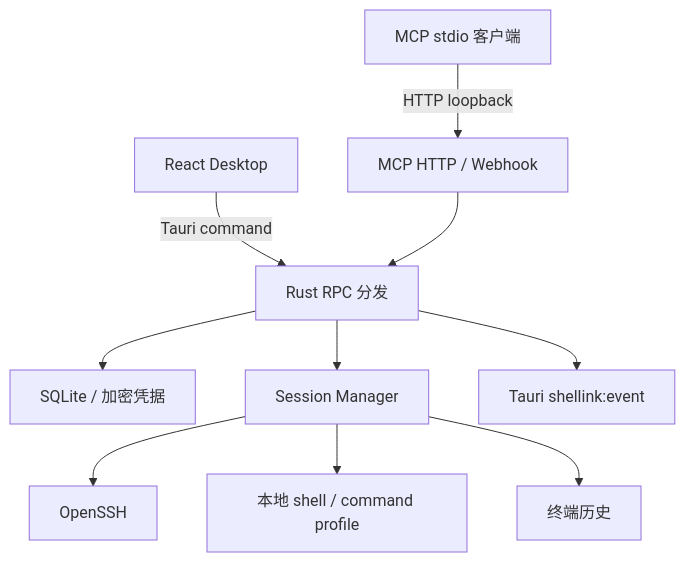
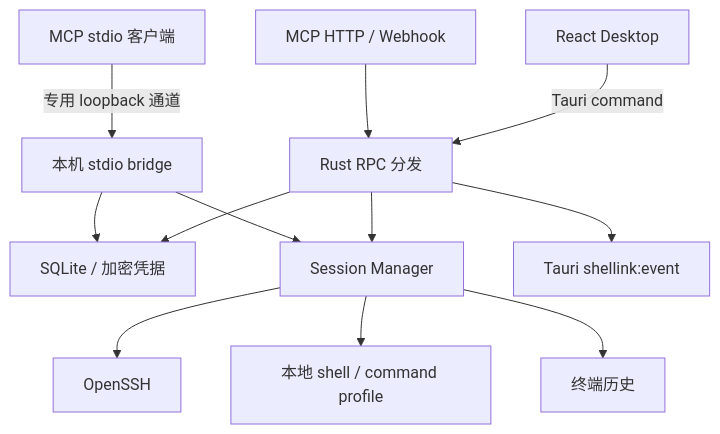
Before and after one commit to chiyanking/Shellink: the diagram in docs/architecture.md, drawn with Mermaid. The commit also changed other lines of this file and 14 other files, not shown here.

````diff
--- a/docs/architecture.md
+++ b/docs/architecture.md
@@ -9,12 +9,14 @@
 ```mermaid
 flowchart TB
     UI[React Desktop] -->|Tauri command| Bridge[Rust RPC 分发]
     Bridge --> Store[SQLite / 加密凭据]
     Bridge --> Sessions[Session Manager]
     Sessions --> SSH[OpenSSH]
     Sessions --> Shell[本地 shell / command profile]
     Sessions --> History[终端历史]
     HTTP[MCP HTTP / Webhook] --> Bridge
-    Stdio[MCP stdio 客户端] -->|HTTP loopback| HTTP
+    Stdio[MCP stdio 客户端] -->|专用 loopback 通道| Local[本机 stdio bridge]
+    Local --> Sessions
+    Local --> Store
     Bridge --> Events[Tauri shellink:event]
 ```
````
